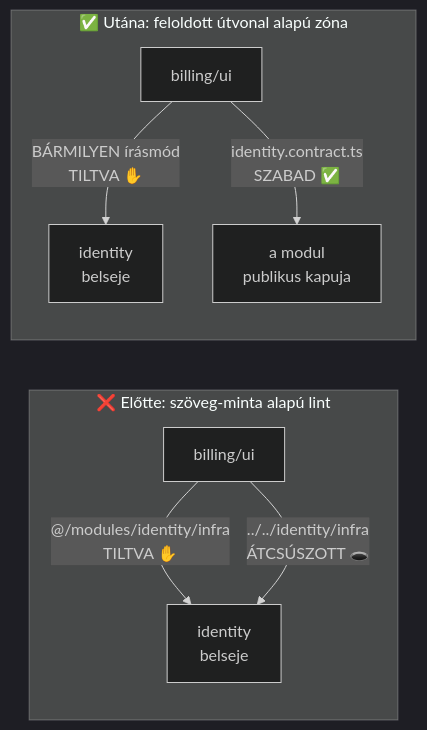
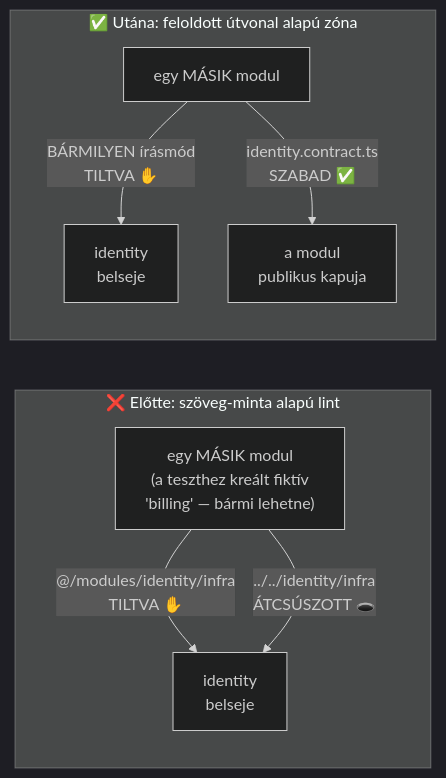
One commit to cspiya/wshp-ai-dev-2026 changed the third of 3 diagrams in materials/epitesi-naplo/day-1.md. Above: the diagram before and after it, drawn with Mermaid (dark theme). The commit also changed other lines of this file, not shown here.

Commit message:
Day-1 journal: clarify that 'billing' in the boundary diagram is a synthetic test-only module
Claude-Session: https://claude.ai/code/session_01UofZCscWcGdAos2cSbwZPY

````diff
--- a/materials/epitesi-naplo/day-1.md
+++ b/materials/epitesi-naplo/day-1.md
@@ -91,11 +91,11 @@
 ```mermaid
 flowchart LR
     subgraph ELOTTE["❌ Előtte: szöveg-minta alapú lint"]
-        U1["billing/ui"] -- "@/modules/identity/infra<br/>TILTVA ✋" --> ID1["identity<br/>belseje"]
+        U1["egy MÁSIK modul<br/>(a teszthez kreált fiktív<br/>'billing' — bármi lehetne)"] -- "@/modules/identity/infra<br/>TILTVA ✋" --> ID1["identity<br/>belseje"]
         U1 -- "../../identity/infra<br/>ÁTCSÚSZOTT 🕳️" --> ID1
     end
     subgraph UTANA["✅ Utána: feloldott útvonal alapú zóna"]
-        U2["billing/ui"] -- "BÁRMILYEN írásmód<br/>TILTVA ✋" --> ID2["identity<br/>belseje"]
+        U2["egy MÁSIK modul"] -- "BÁRMILYEN írásmód<br/>TILTVA ✋" --> ID2["identity<br/>belseje"]
         U2 -- "identity.contract.ts<br/>SZABAD ✅" --> C2["a modul<br/>publikus kapuja"]
     end
 ```
````
